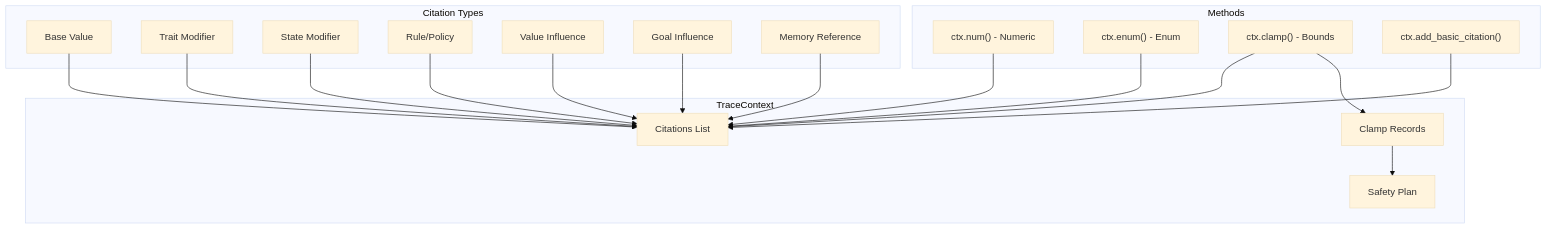
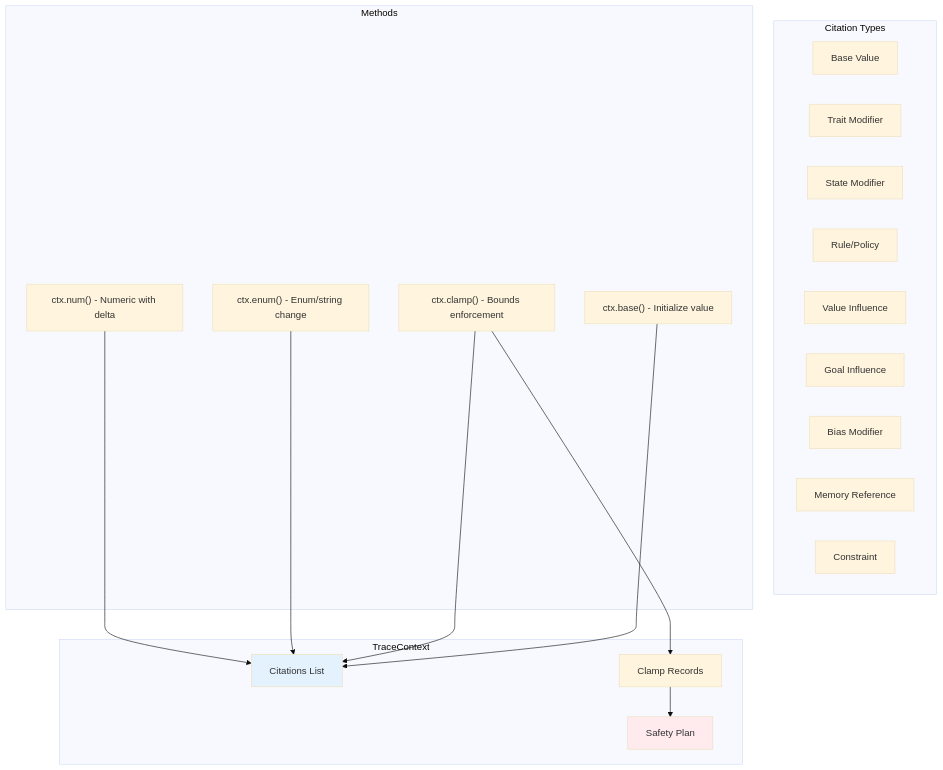
Before and after one commit to SatishoBananamoto/persona-engine: the fourth of 5 diagrams in ARCHITECTURE.md, drawn with Mermaid (base theme). The commit also changed other lines of this file, not shown here.

First line of the commit message:
Rewrite ARCHITECTURE.md as comprehensive design document

````diff
--- a/ARCHITECTURE.md
+++ b/ARCHITECTURE.md
@@ -291,41 +519,38 @@
 ```mermaid
 flowchart TD
     subgraph "TraceContext"
         CIT[Citations List]
         SP[Safety Plan]
         CLAMP[Clamp Records]
     end
-    
+
     subgraph "Citation Types"
         BASE[Base Value]
         TRAIT[Trait Modifier]
         STATE[State Modifier]
         RULE[Rule/Policy]
         VALUE[Value Influence]
         GOAL[Goal Influence]
+        BIAS[Bias Modifier]
         MEMORY[Memory Reference]
+        CONST[Constraint]
     end
-    
+
     subgraph "Methods"
-        NUM["ctx.num() - Numeric"]
-        ENUM["ctx.enum() - Enum"]
-        CL["ctx.clamp() - Bounds"]
-        ADD["ctx.add_basic_citation()"]
+        NUM["ctx.num() - Numeric with delta"]
+        ENUM["ctx.enum() - Enum/string change"]
+        CL["ctx.clamp() - Bounds enforcement"]
+        BAS["ctx.base() - Initialize value"]
     end
-    
+
     NUM --> CIT
     ENUM --> CIT
     CL --> CLAMP
     CL --> CIT
-    ADD --> CIT
-    
-    BASE --> CIT
-    TRAIT --> CIT
-    STATE --> CIT
-    RULE --> CIT
-    VALUE --> CIT
-    GOAL --> CIT
-    MEMORY --> CIT
-    
+    BAS --> CIT
+
     CLAMP --> SP
+
+    style CIT fill:#E3F2FD
+    style SP fill:#FFEBEE
 ```
````
